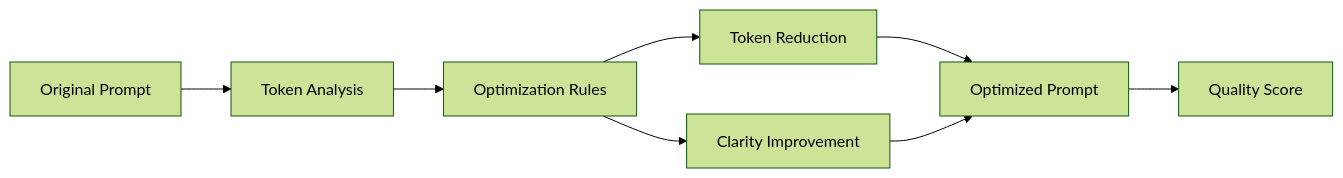
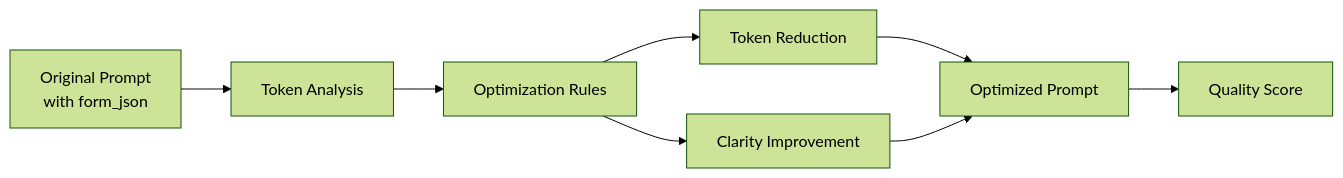
Before and after one commit to Yasser1AITLAZIZ/sfd-clm: the sixth of 14 diagrams in docs/PIPELINE_FLOW.md, drawn with Mermaid (forest theme). The commit also changed other lines of this file and 40 other files, not shown here.

Commit message:
new architecture setup

````diff
--- a/docs/PIPELINE_FLOW.md
+++ b/docs/PIPELINE_FLOW.md
@@ -153,10 +235,10 @@
 ```mermaid
 flowchart LR
-    A[Original Prompt] --> B[Token Analysis]
+    A[Original Prompt<br/>with form_json] --> B[Token Analysis]
     B --> C[Optimization Rules]
     C --> D[Token Reduction]
     C --> E[Clarity Improvement]
     D --> F[Optimized Prompt]
     E --> F
     F --> G[Quality Score]
 ```
````
